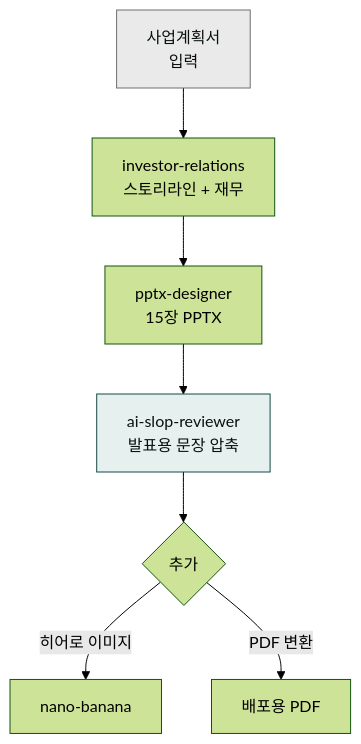
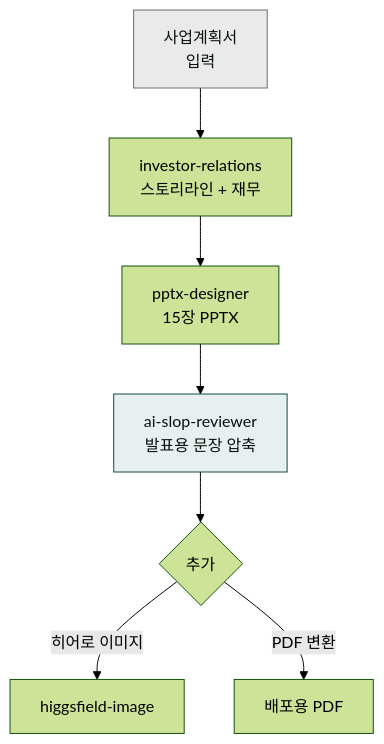
Before and after one commit to modu-ai/claude: the first of 2 diagrams in content/cookbook/ir-deck.md, drawn with Mermaid (forest theme). The commit also changed other lines of this file and 17 other files, not shown here.

````diff
--- a/content/cookbook/ir-deck.md
+++ b/content/cookbook/ir-deck.md
@@ -10,12 +10,12 @@
 ```mermaid
 flowchart TD
     A["사업계획서<br/>입력"] --> B["investor-relations<br/>스토리라인 + 재무"]
     B --> C["pptx-designer<br/>15장 PPTX"]
     C --> D["ai-slop-reviewer<br/>발표용 문장 압축"]
     D --> E{"추가"}
-    E -- "히어로 이미지" --> F["nano-banana"]
+    E -- "히어로 이미지" --> F["higgsfield-image"]
     E -- "PDF 변환" --> G["배포용 PDF"]
 
     style A fill:#eaeaea,stroke:#6e6e6e,color:#09110f
     style D fill:#e6f0ef,stroke:#144a46,color:#09110f
 ```
````
